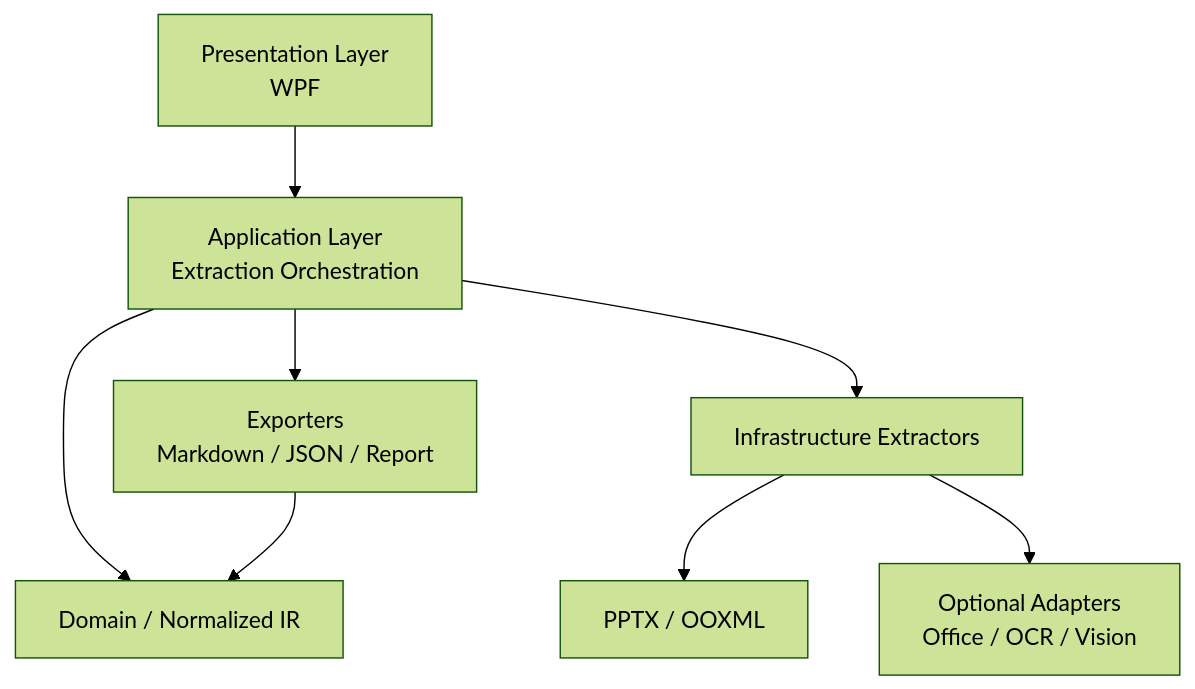
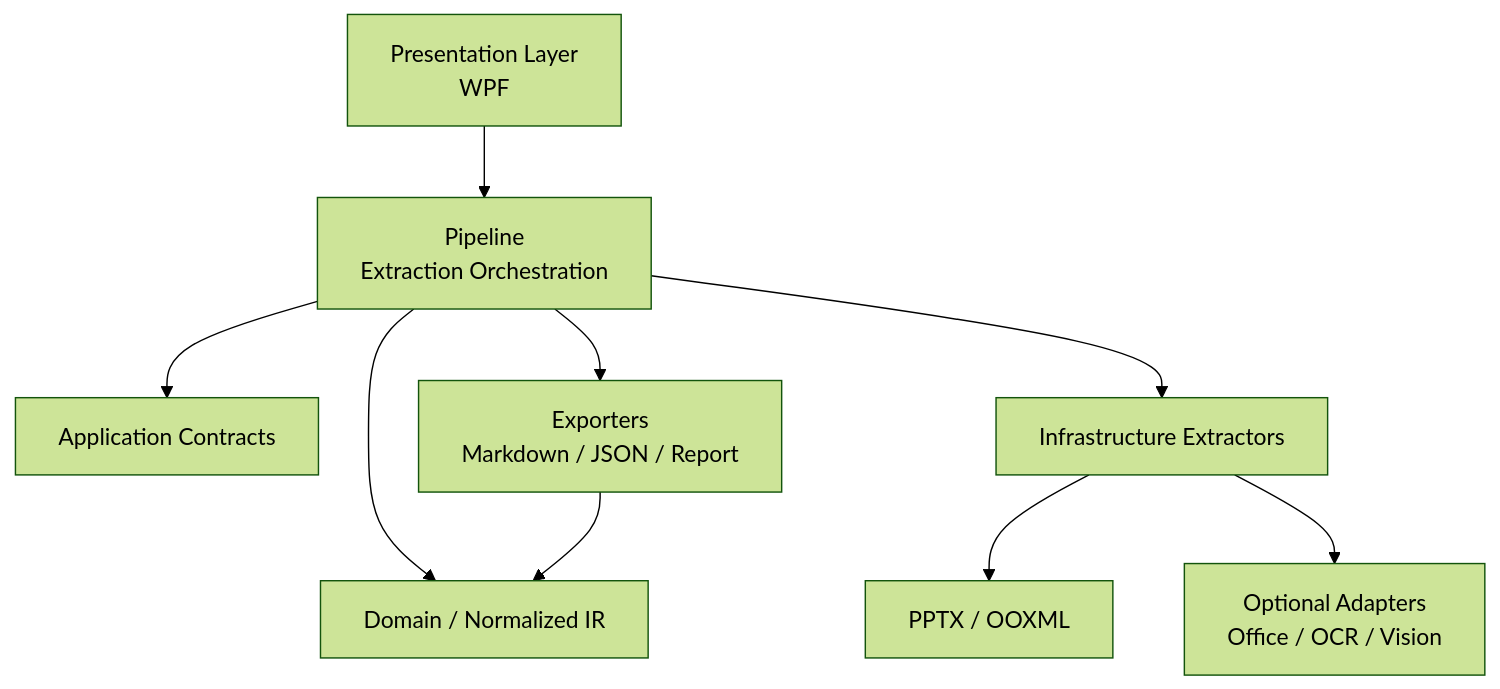
The second of 4 diagrams in docs/architecture/5-view-architecture-v0.1.md (zhou-yang-personal/deck-context), drawn with Mermaid (forest theme) before and after one commit. The commit also changed other lines of this file and 24 other files, not shown here.

````diff
--- a/docs/architecture/5-view-architecture-v0.1.md
+++ b/docs/architecture/5-view-architecture-v0.1.md
@@ -124,10 +124,11 @@
 ```mermaid
 flowchart TB
-    UI[Presentation Layer<br/>WPF] --> APP[Application Layer<br/>Extraction Orchestration]
-    APP --> DOMAIN[Domain / Normalized IR]
-    APP --> INFRA[Infrastructure Extractors]
+    UI[Presentation Layer<br/>WPF] --> PIPELINE[Pipeline<br/>Extraction Orchestration]
+    PIPELINE --> APP[Application Contracts]
+    PIPELINE --> DOMAIN[Domain / Normalized IR]
+    PIPELINE --> INFRA[Infrastructure Extractors]
     INFRA --> OOXML[PPTX / OOXML]
     INFRA --> OPTIONAL[Optional Adapters<br/>Office / OCR / Vision]
-    APP --> EXPORT[Exporters<br/>Markdown / JSON / Report]
+    PIPELINE --> EXPORT[Exporters<br/>Markdown / JSON / Report]
     EXPORT --> DOMAIN
 ```
````
